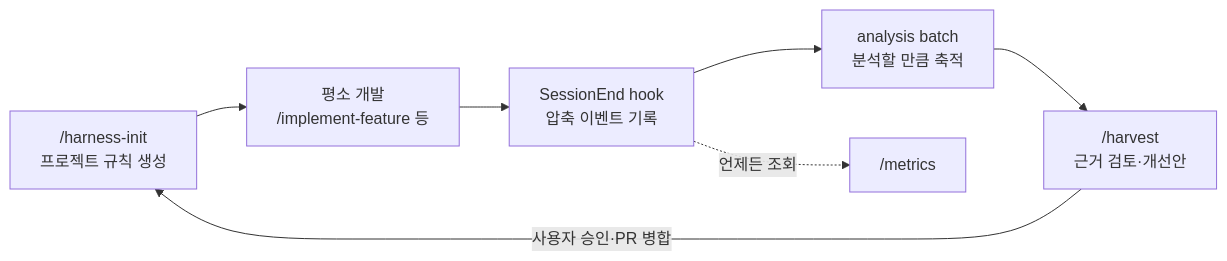
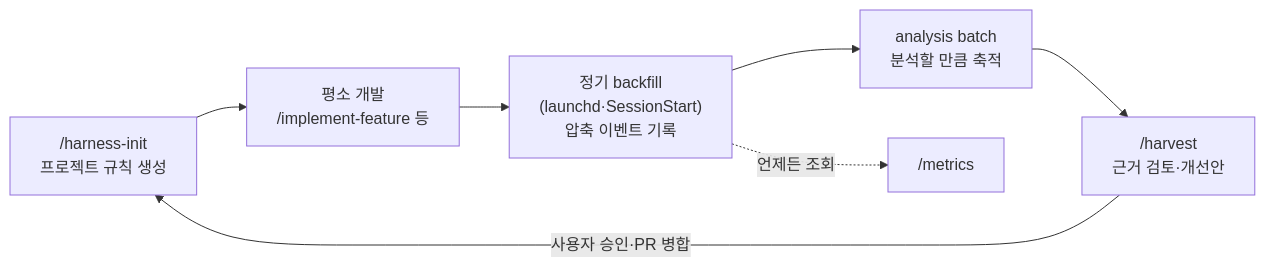
One commit to cano721/ai-harness changed the first of 4 diagrams in README.md. Above: the diagram before and after it, drawn with Mermaid. The commit also changed other lines of this file and 11 other files, not shown here.

First line of the commit message:
feat: schedule backfill with launchd and drop the SessionEnd hook (#78)

````diff
--- a/README.md
+++ b/README.md
@@ -26,9 +26,9 @@
 ```mermaid
 flowchart LR
     A["/harness-init\n프로젝트 규칙 생성"] --> B["평소 개발\n/implement-feature 등"]
-    B --> C["SessionEnd hook\n압축 이벤트 기록"]
+    B --> C["정기 backfill\n(launchd·SessionStart)\n압축 이벤트 기록"]
     C --> D["analysis batch\n분석할 만큼 축적"]
     D --> E["/harvest\n근거 검토·개선안"]
     E -->|"사용자 승인·PR 병합"| A
     C -. "언제든 조회" .-> F["/metrics"]
 ```
````
